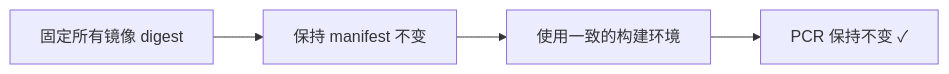
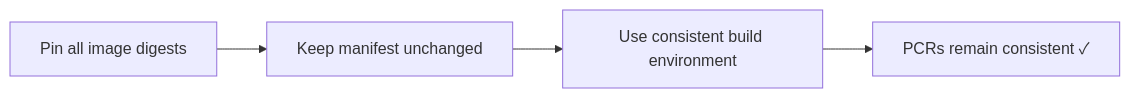
One commit to enclaver-io/enclaver changed the third of 3 diagrams in docs/reproducible-enclaver-build.md. Above: the diagram before and after it, drawn with Mermaid. The commit also changed other lines of this file and 1 other file, not shown here.

````diff
--- a/docs/reproducible-enclaver-build.md
+++ b/docs/reproducible-enclaver-build.md
@@ -263,6 +263,6 @@
 ```mermaid
 flowchart LR
-    A["固定所有镜像 digest"] --> B["保持 manifest 不变"]
-    B --> C["使用一致的构建环境"]
-    C --> D["PCR 保持不变 ✓"]
+    A["Pin all image digests"] --> B["Keep manifest unchanged"]
+    B --> C["Use consistent build environment"]
+    C --> D["PCRs remain consistent ✓"]
 ```
````
